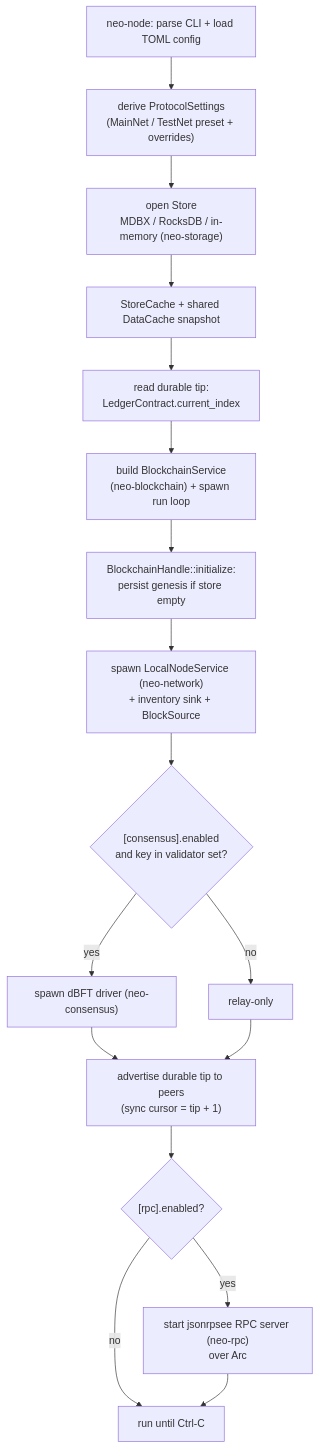
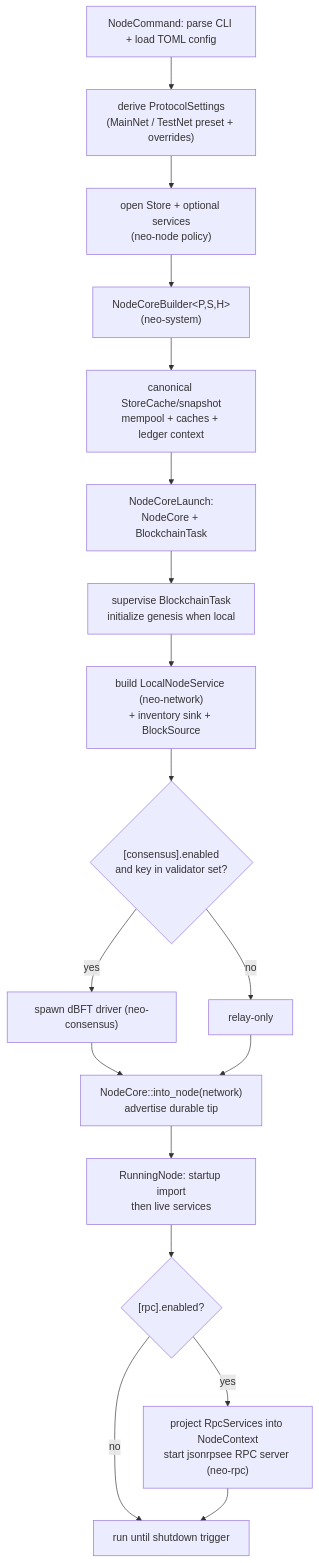
Before and after one commit to r3e-network/neo-rs: the first of 7 diagrams in docs/dataflow.md, drawn with Mermaid. The commit also changed other lines of this file and 658 other files, not shown here.

````diff
--- a/docs/dataflow.md
+++ b/docs/dataflow.md
@@ -21,19 +23,20 @@
 ```mermaid
 flowchart TD
-    A["neo-node: parse CLI + load TOML config"] --> B["derive ProtocolSettings<br/>(MainNet / TestNet preset + overrides)"]
-    B --> C["open Store<br/>MDBX / RocksDB / in-memory (neo-storage)"]
-    C --> D["StoreCache + shared DataCache snapshot"]
-    D --> E["read durable tip:<br/>LedgerContract.current_index"]
-    E --> F["build BlockchainService<br/>(neo-blockchain) + spawn run loop"]
-    F --> G["BlockchainHandle::initialize:<br/>persist genesis if store empty"]
-    G --> H["spawn LocalNodeService (neo-network)<br/>+ inventory sink + BlockSource"]
+    A["NodeCommand: parse CLI + load TOML config"] --> B["derive ProtocolSettings<br/>(MainNet / TestNet preset + overrides)"]
+    B --> C["open Store + optional services<br/>(neo-node policy)"]
+    C --> D["NodeCoreBuilder&lt;P,S,H&gt;<br/>(neo-system)"]
+    D --> E["canonical StoreCache/snapshot<br/>mempool + caches + ledger context"]
+    E --> F["NodeCoreLaunch:<br/>NodeCore + BlockchainTask"]
+    F --> G["supervise BlockchainTask<br/>initialize genesis when local"]
+    G --> H["build LocalNodeService (neo-network)<br/>+ inventory sink + BlockSource"]
     H --> I{"[consensus].enabled<br/>and key in validator set?"}
     I -- yes --> J["spawn dBFT driver (neo-consensus)"]
     I -- no --> K["relay-only"]
-    J --> L["advertise durable tip to peers<br/>(sync cursor = tip + 1)"]
+    J --> L["NodeCore::into_node(network)<br/>advertise durable tip"]
     K --> L
-    L --> M{"[rpc].enabled?"}
-    M -- yes --> N["start jsonrpsee RPC server (neo-rpc)<br/>over Arc<Node>"]
-    M -- no --> O["run until Ctrl-C"]
-    N --> O
+    L --> M["RunningNode: startup import<br/>then live services"]
+    M --> N{"[rpc].enabled?"}
+    N -- yes --> P["project RpcServices into NodeContext<br/>start jsonrpsee RPC server (neo-rpc)"]
+    N -- no --> O["run until shutdown trigger"]
+    P --> O
 ```
````
